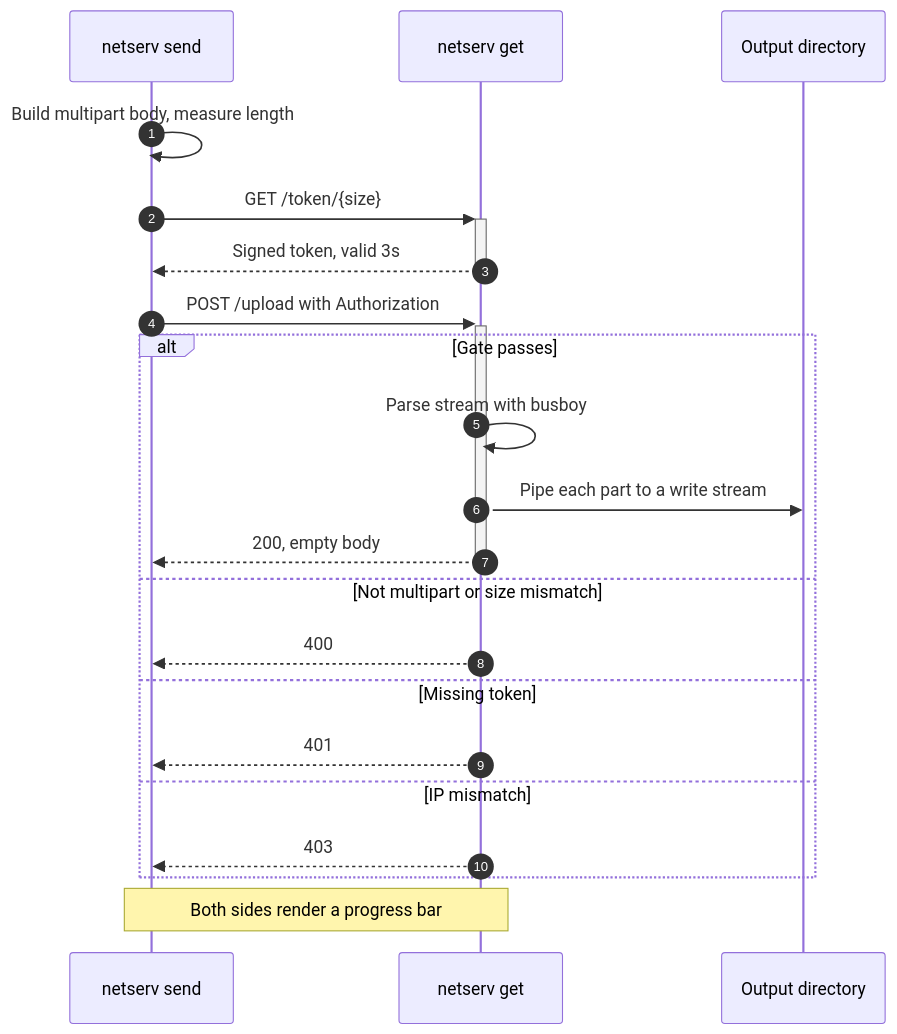
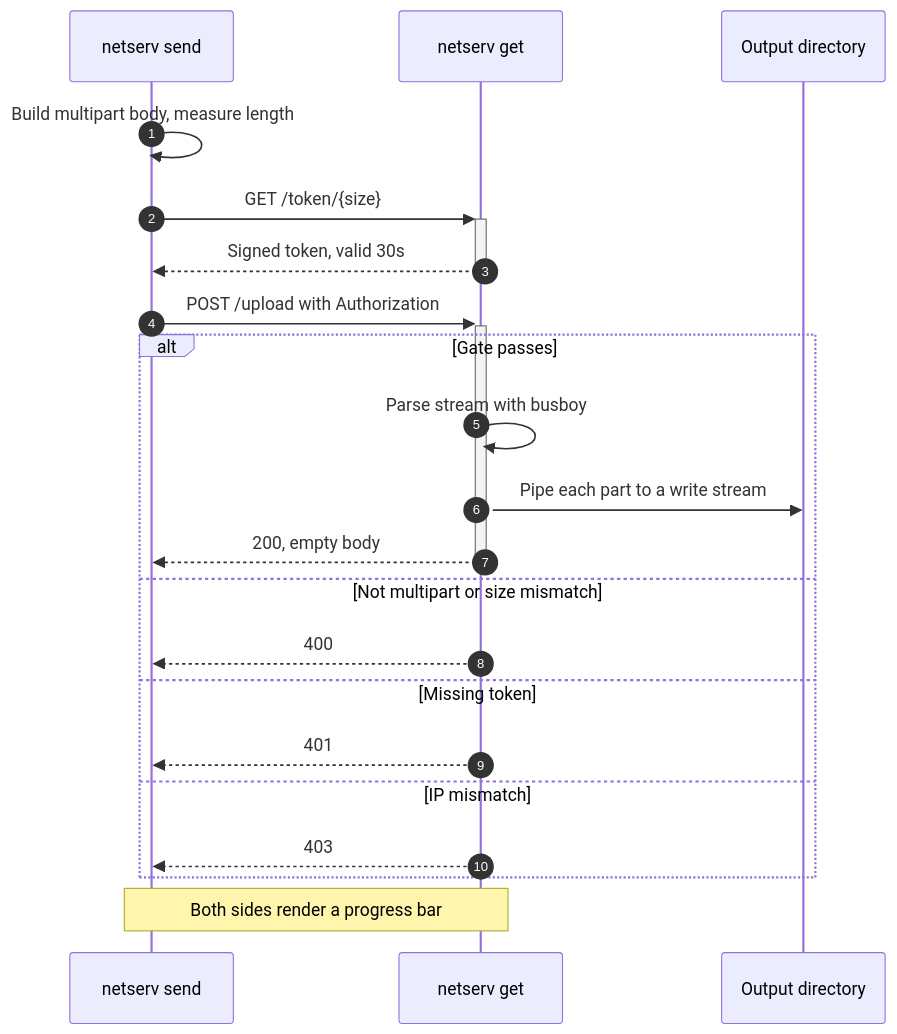
Before and after one commit to TheoBen880/netserv: the diagram in .uigraph/diagrams/peer-file-transfer/peer-file-transfer.mmd, drawn with Mermaid. The commit also changed 3 other files, not shown here.

```diff
--- a/.uigraph/diagrams/peer-file-transfer/peer-file-transfer.mmd
+++ b/.uigraph/diagrams/peer-file-transfer/peer-file-transfer.mmd
@@ -1,25 +1,25 @@
 sequenceDiagram
   autonumber
   participant sender as netserv send
   participant receiver as netserv get
   participant disk as Output directory
 
   sender->>sender: Build multipart body, measure length
   sender->>+receiver: GET /token/{size}
-  receiver-->>-sender: Signed token, valid 3s
+  receiver-->>-sender: Signed token, valid 30s
 
   sender->>+receiver: POST /upload with Authorization
 
   alt Gate passes
     receiver->>receiver: Parse stream with busboy
     receiver->>disk: Pipe each part to a write stream
     receiver-->>-sender: 200, empty body
   else Not multipart or size mismatch
     receiver-->>sender: 400
   else Missing token
     receiver-->>sender: 401
   else IP mismatch
     receiver-->>sender: 403
   end
 
   Note over sender,receiver: Both sides render a progress bar
```
